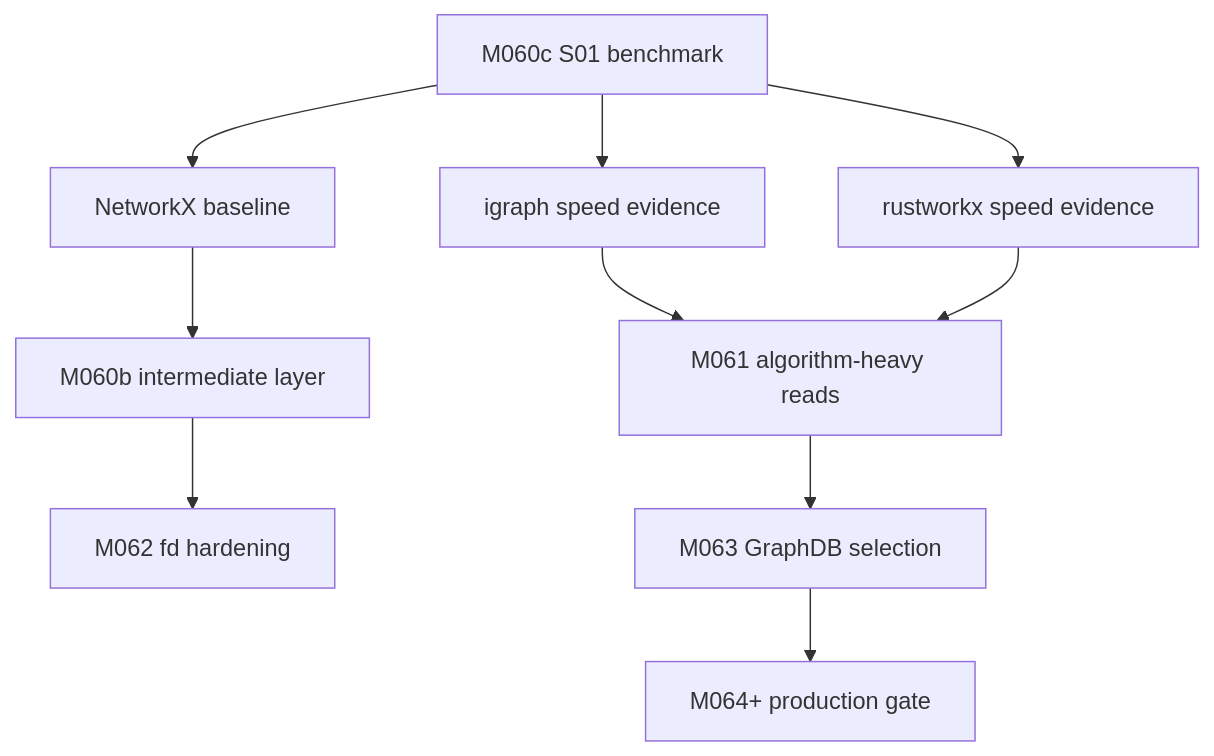
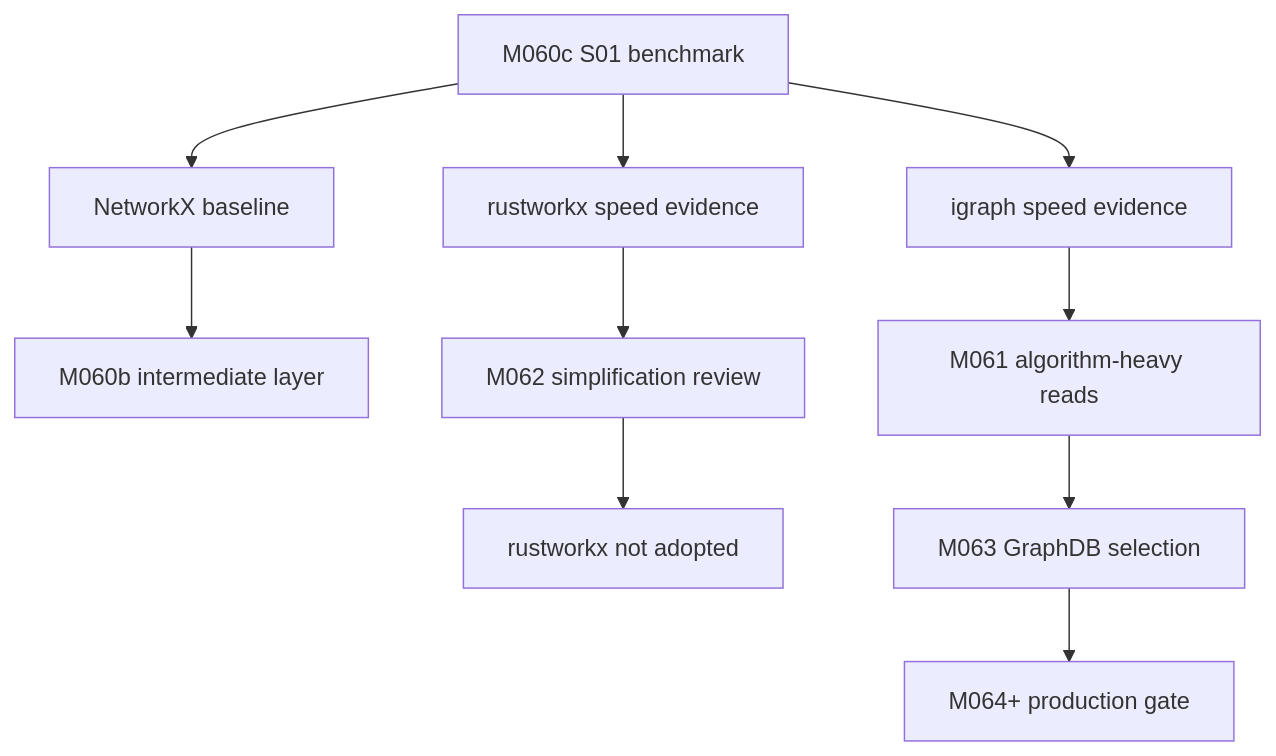
One commit to rager306/daily-archive changed the first of 6 diagrams in doc/adr/ADR-016-graph-library-selection.md. Above: the diagram before and after it, drawn with Mermaid. The commit also changed other lines of this file and 8 other files, not shown here.

````diff
--- a/doc/adr/ADR-016-graph-library-selection.md
+++ b/doc/adr/ADR-016-graph-library-selection.md
@@ -30,12 +41,12 @@
 ```mermaid
 flowchart TD
     A[M060c S01 benchmark] --> B[NetworkX baseline]
     A --> C[igraph speed evidence]
     A --> D[rustworkx speed evidence]
     B --> E[M060b intermediate layer]
     C --> F[M061 algorithm-heavy reads]
-    D --> F
-    E --> G[M062 fd hardening]
-    F --> H[M063 GraphDB selection]
-    H --> I[M064+ production gate]
+    D --> G[M062 simplification review]
+    G --> H[rustworkx not adopted]
+    F --> I[M063 GraphDB selection]
+    I --> J[M064+ production gate]
 ```
````
